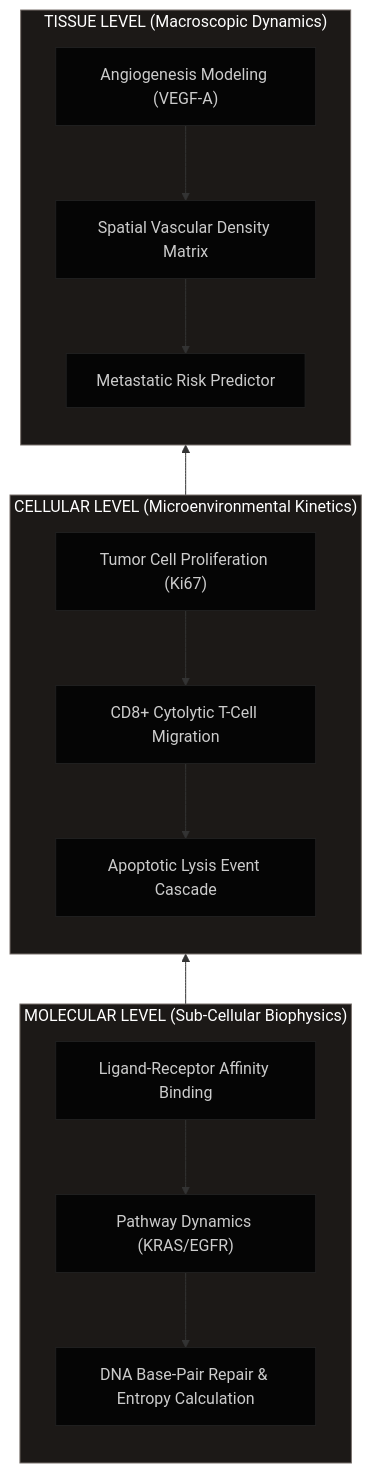
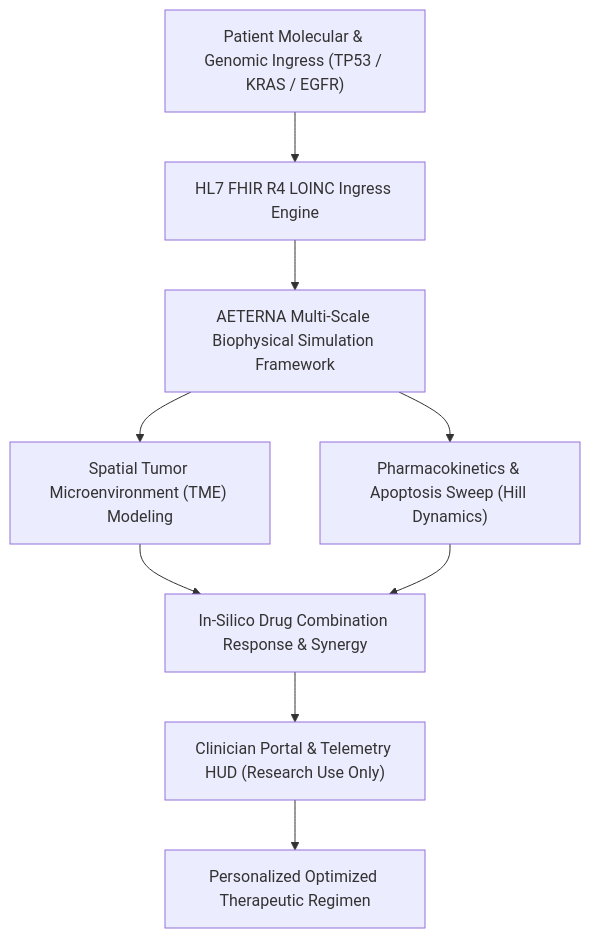
Before and after one commit to papica777-eng/VIRTUAL-HUMAN-TWIN: the diagram in README.md, drawn with Mermaid. The commit also changed other lines of this file and 19 other files, not shown here.

````diff
--- a/README.md
+++ b/README.md
@@ -76,29 +38,11 @@
 ```mermaid
-graph BT
-    %% Define Layers
-    subgraph Tissue_Level ["TISSUE LEVEL (Macroscopic Dynamics)"]
-        A["Angiogenesis Modeling (VEGF-A)"] --> B["Spatial Vascular Density Matrix"]
-        B --> C["Metastatic Risk Predictor"]
-    end
-    
-    subgraph Cellular_Level ["CELLULAR LEVEL (Microenvironmental Kinetics)"]
-        D["Tumor Cell Proliferation (Ki67)"] --> E["CD8+ Cytolytic T-Cell Migration"]
-        E --> F["Apoptotic Lysis Event Cascade"]
-    end
-    
-    subgraph Molecular_Level ["MOLECULAR LEVEL (Sub-Cellular Biophysics)"]
-        G["Ligand-Receptor Affinity Binding"] --> H["Pathway Dynamics (KRAS/EGFR)"]
-        H --> I["DNA Base-Pair Repair & Entropy Calculation"]
-    end
-    
-    %% Connections
-    Molecular_Level --> Cellular_Level
-    Cellular_Level --> Tissue_Level
-    
-    %% Styling
-    classDef default fill:#050505,stroke:#1f1f1f,color:#ccc;
-    classDef bio fill:#1c1917,stroke:#78716c,color:#fff;
-    classDef comp fill:#111827,stroke:#3b82f6,color:#fff;
-    
-    class Tissue_Level,Cellular_Level,Molecular_Level bio;
+graph TD
+    A["Patient Molecular & Genomic Ingress (TP53 / KRAS / EGFR)"] --> B["HL7 FHIR R4 LOINC Ingress Engine"]
+    B --> C["AETERNA Multi-Scale Biophysical Simulation Framework"]
+    C --> D["Spatial Tumor Microenvironment (TME) Modeling"]
+    C --> E["Pharmacokinetics & Apoptosis Sweep (Hill Dynamics)"]
+    D --> F["In-Silico Drug Combination Response & Synergy"]
+    E --> F
+    F --> G["Clinician Portal & Telemetry HUD (Research Use Only)"]
+    G --> H["Personalized Optimized Therapeutic Regimen"]
 ```
````
